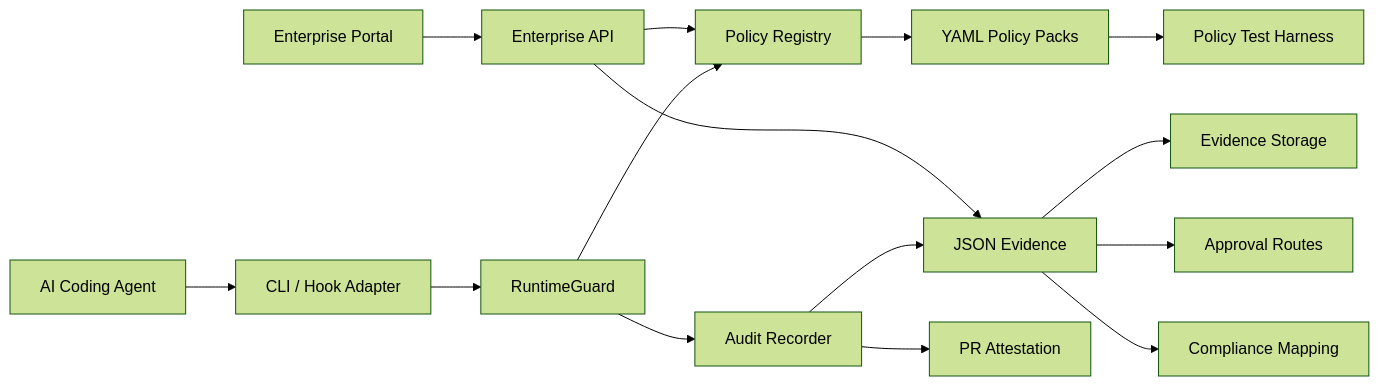
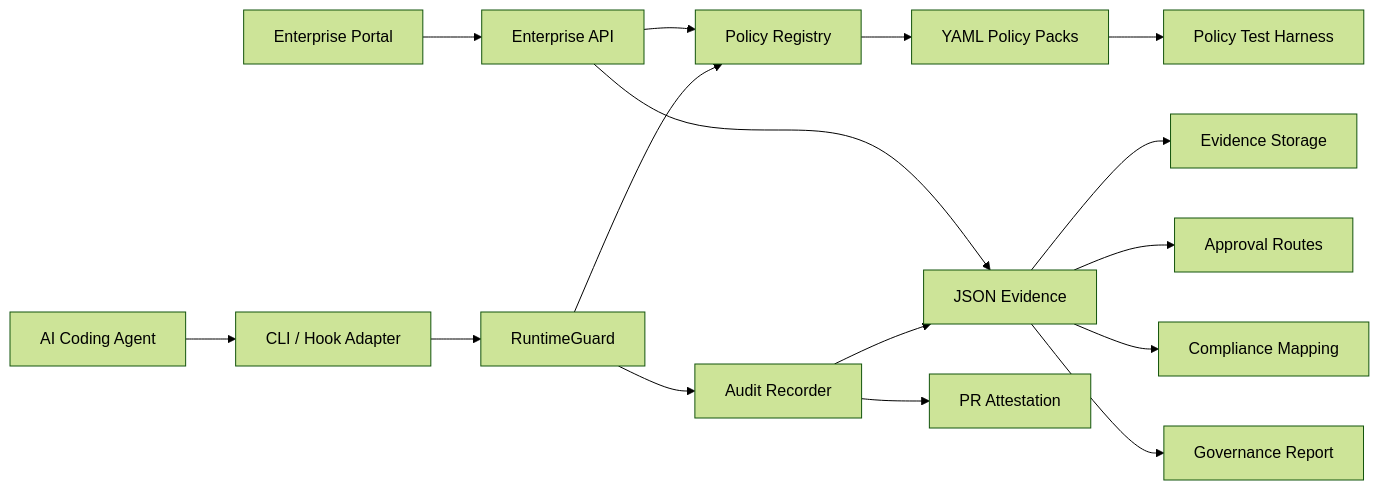
The second of 2 diagrams in docs/wiki/C4-Model.md (Huzefaaa2/terraguard-agentshield), drawn with Mermaid (forest theme) before and after one commit. The commit also changed 22 other files, not shown here.

````diff
--- a/docs/wiki/C4-Model.md
+++ b/docs/wiki/C4-Model.md
@@ -27,17 +27,18 @@
 ```mermaid
 flowchart LR
     Agent[AI Coding Agent] --> CLI[CLI / Hook Adapter]
     Portal[Enterprise Portal] --> API[Enterprise API]
     CLI --> Guard[RuntimeGuard]
     API --> Registry
     API --> JSON
     Guard --> Registry[Policy Registry]
     Registry --> Packs[YAML Policy Packs]
     Guard --> Audit[Audit Recorder]
     Audit --> PR[PR Attestation]
     Audit --> JSON[JSON Evidence]
     JSON --> Store[Evidence Storage]
     JSON --> Routes[Approval Routes]
     JSON --> Compliance[Compliance Mapping]
+    JSON --> Report[Governance Report]
     Packs --> Tests[Policy Test Harness]
 ```
````
